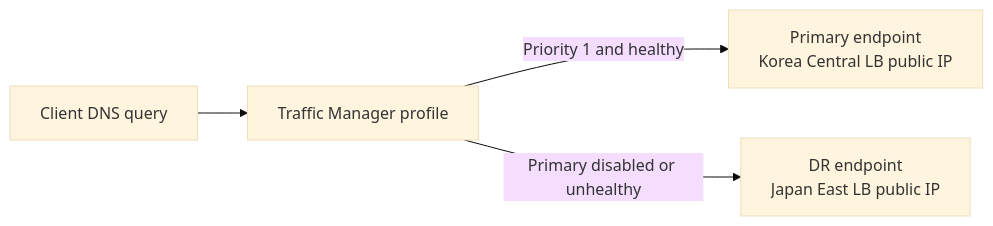
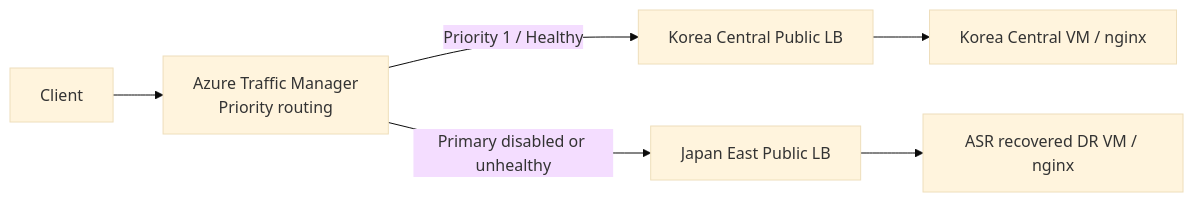
The diagram in README.md (sonmap/Azure_Azure-Site-Recovery_test01), drawn with Mermaid (base theme) before and after one commit. The commit also changed other lines of this file, not shown here.

Commit message:
Embed ASR architecture and failover flow diagrams in README

````diff
--- a/README.md
+++ b/README.md
@@ -75,6 +63,8 @@
 ```mermaid
 flowchart LR
-    DNS[Client DNS query] --> TM[Traffic Manager profile]
-    TM -->|Priority 1 and healthy| KRC[Primary endpoint<br/>Korea Central LB public IP]
-    TM -->|Primary disabled or unhealthy| JPE[DR endpoint<br/>Japan East LB public IP]
+    Client[Client] --> TM[Azure Traffic Manager<br/>Priority routing]
+    TM -->|Priority 1 / Healthy| KRC[Korea Central Public LB]
+    TM -->|Primary disabled or unhealthy| JPE[Japan East Public LB]
+    KRC --> KRCVM[Korea Central VM / nginx]
+    JPE --> JPEVM[ASR recovered DR VM / nginx]
 ```
````
